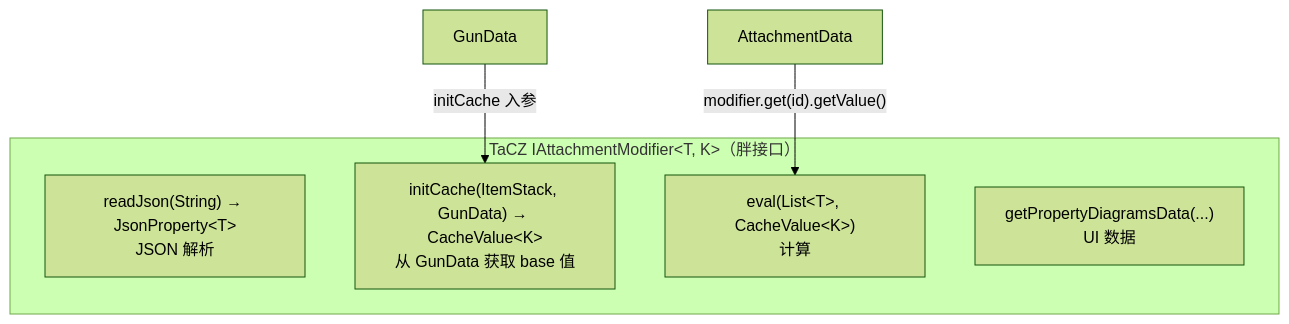
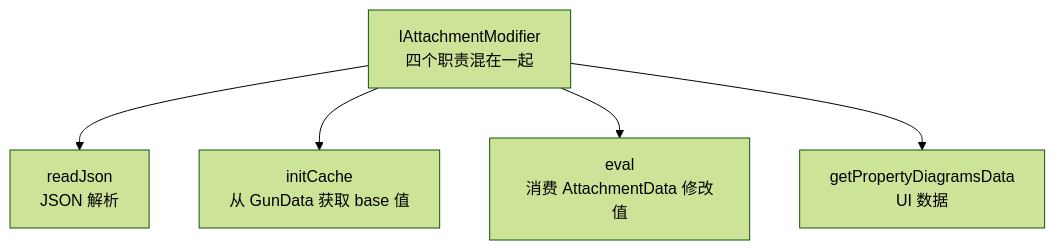
One commit to XColorful/Custom-Gun-Continued changed the first of 6 diagrams in docs/architecture/core/entity/shooter/modifier/design-evolution.md. Above: the diagram before and after it, drawn with Mermaid (forest theme). The commit also changed other lines of this file and 11 other files, not shown here.

````diff
--- a/docs/architecture/core/entity/shooter/modifier/design-evolution.md
+++ b/docs/architecture/core/entity/shooter/modifier/design-evolution.md
@@ -11,12 +9,8 @@
 ```mermaid
-graph TB
-    subgraph "TaCZ IAttachmentModifier&lt;T, K&gt;（胖接口）"
-        READ["readJson(String) → JsonProperty&lt;T&gt;<br/>JSON 解析"]
-        INIT["initCache(ItemStack, GunData) → CacheValue&lt;K&gt;<br/>从 GunData 获取 base 值"]
-        EVAL_T["eval(List&lt;T&gt;, CacheValue&lt;K&gt;)<br/>计算"]
-        UI["getPropertyDiagramsData(...)<br/>UI 数据"]
-    end
-
-    GD["GunData"] -->|"initCache 入参"| INIT
-    AD["AttachmentData"] -->|"modifier.get(id).getValue()"| EVAL_T
+flowchart TB
+    MI["IAttachmentModifier<br/>四个职责混在一起"]
+    MI --> READ["readJson<br/>JSON 解析"]
+    MI --> INIT["initCache<br/>从 GunData 获取 base 值"]
+    MI --> EVAL["eval<br/>消费 AttachmentData 修改值"]
+    MI --> UI["getPropertyDiagramsData<br/>UI 数据"]
 ```
````
